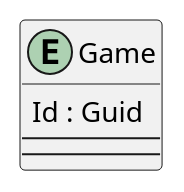
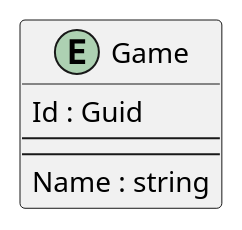
The diagram in .docs/BlazorCrudDotNet8.pu (intrepion/https-www.youtube.com-watch-v-w8imy7LT9zY), drawn with PlantUML before and after one commit.

Commit message:
gawk -i inplace "{ gsub(/' GamePropertyCodePlaceholder/, \"Name : string\n\ \ \ \ ' GamePropertyCodePlaceholder\") }; { print }" .docs/BlazorCrudDotNet8.pu

```diff
--- a/.docs/BlazorCrudDotNet8.pu
+++ b/.docs/BlazorCrudDotNet8.pu
@@ -1,15 +1,16 @@
 @startuml
 
 entity Game {
     Id : Guid
     --
     ' GameKeyCodePlaceholder
     --
+    Name : string
     ' GamePropertyCodePlaceholder
 }
 
 ' EntityCodePlaceholder
 
 ' RelationshipCodePlaceholder
 
 @enduml
```
